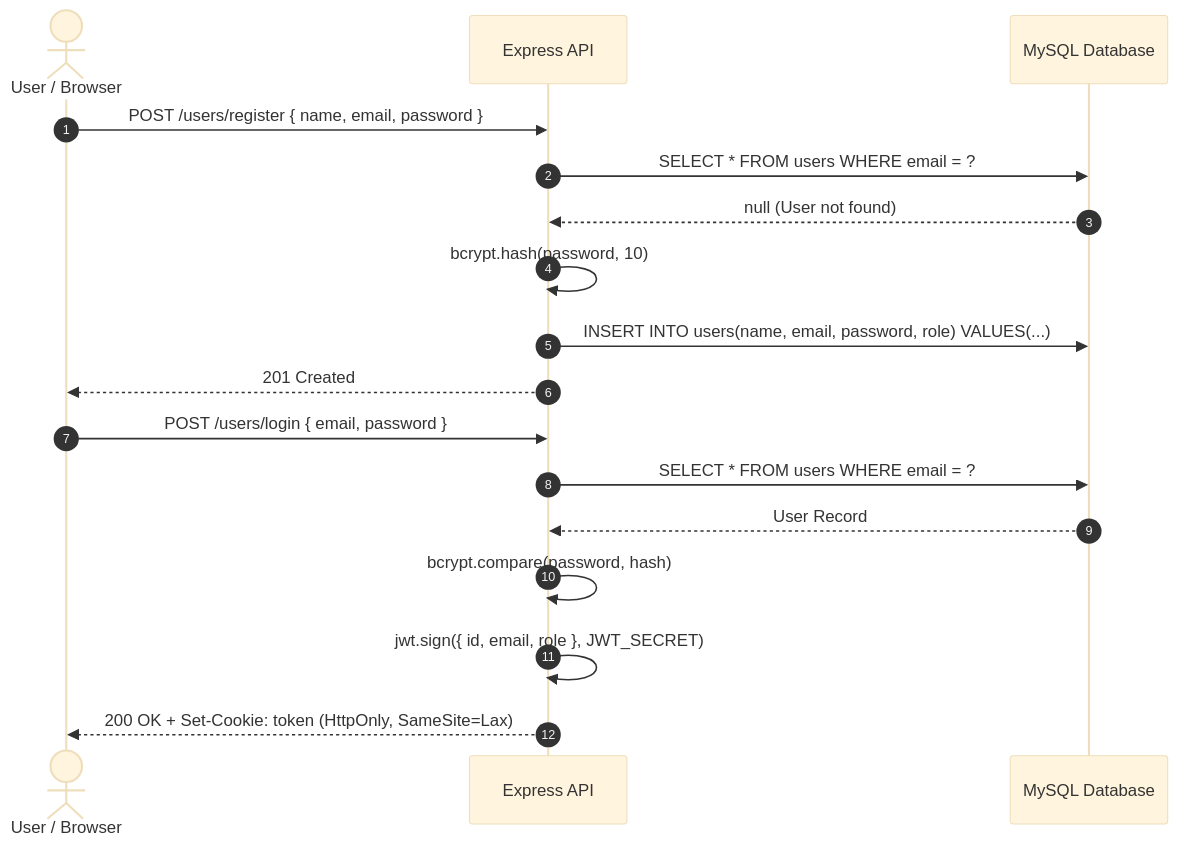
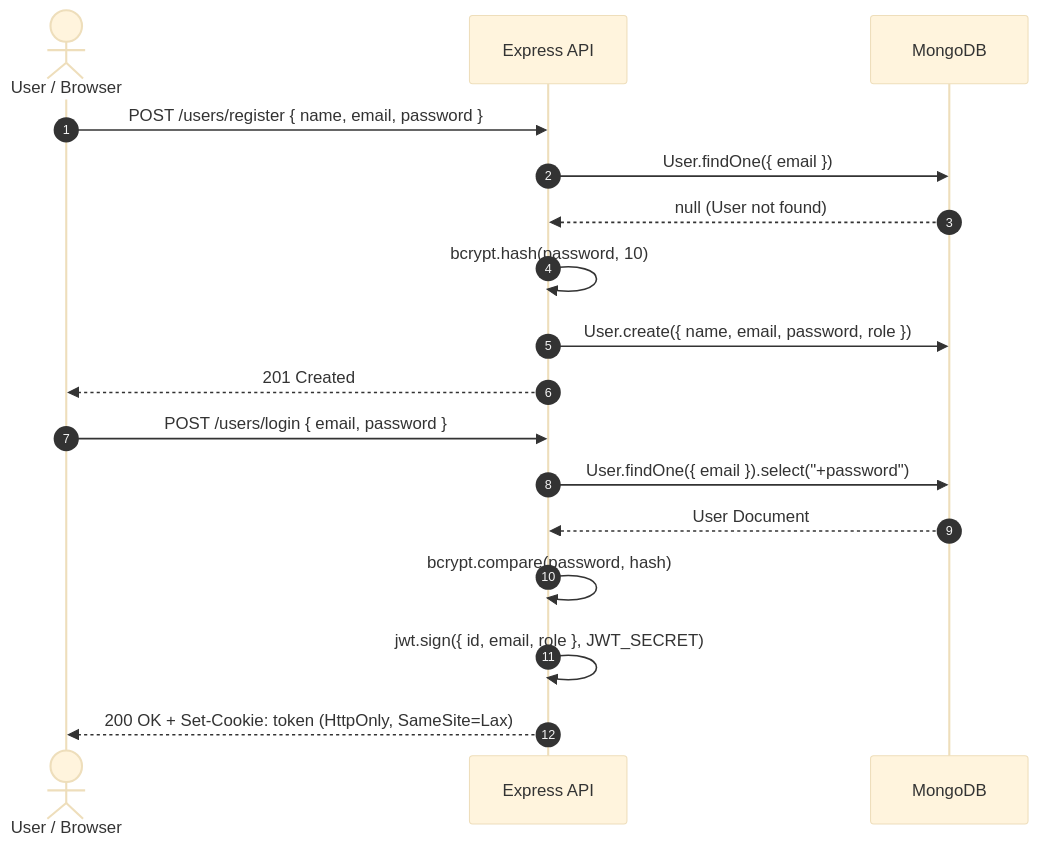
Before and after one commit to Akash0086/E_Commerce: the second of 5 diagrams in README.md, drawn with Mermaid (base theme). The commit also changed other lines of this file, not shown here.

````diff
--- a/README.md
+++ b/README.md
@@ -180,21 +175,21 @@
 ```mermaid
 sequenceDiagram
     autonumber
     actor Customer as User / Browser
     participant API as Express API
-    participant MySQL as MySQL Database
+    participant Mongo as MongoDB
 
     Customer->>API: POST /users/register { name, email, password }
-    API->>MySQL: SELECT * FROM users WHERE email = ?
-    MySQL-->>API: null (User not found)
+    API->>Mongo: User.findOne({ email })
+    Mongo-->>API: null (User not found)
     API->>API: bcrypt.hash(password, 10)
-    API->>MySQL: INSERT INTO users(name, email, password, role) VALUES(...)
+    API->>Mongo: User.create({ name, email, password, role })
     API-->>Customer: 201 Created
 
     Customer->>API: POST /users/login { email, password }
-    API->>MySQL: SELECT * FROM users WHERE email = ?
-    MySQL-->>API: User Record
+    API->>Mongo: User.findOne({ email }).select("+password")
+    Mongo-->>API: User Document
     API->>API: bcrypt.compare(password, hash)
     API->>API: jwt.sign({ id, email, role }, JWT_SECRET)
     API-->>Customer: 200 OK + Set-Cookie: token (HttpOnly, SameSite=Lax)
 ```
````
